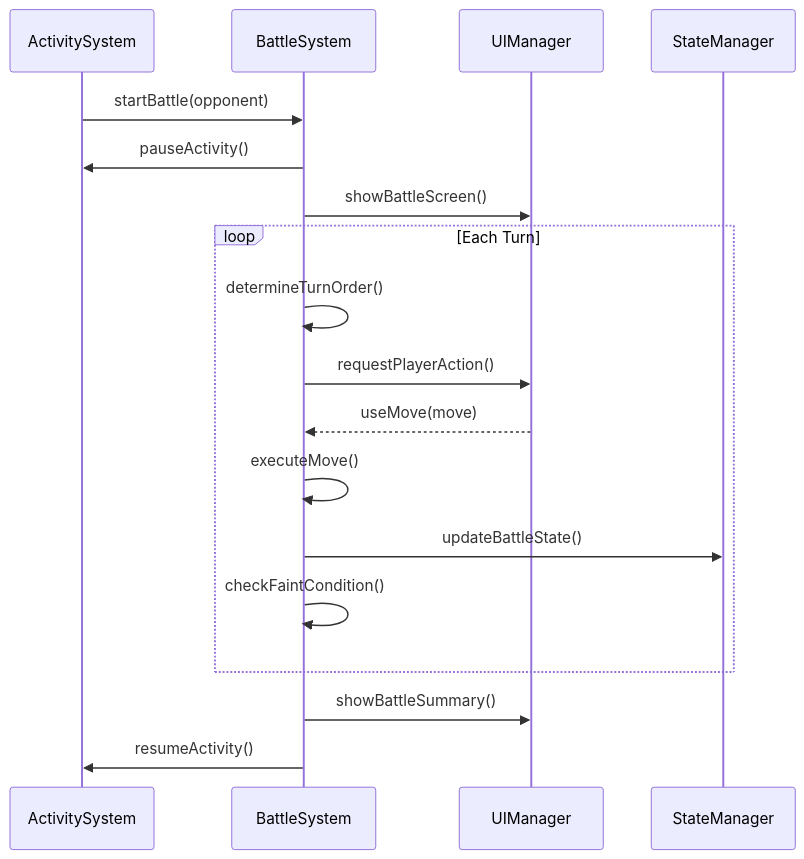
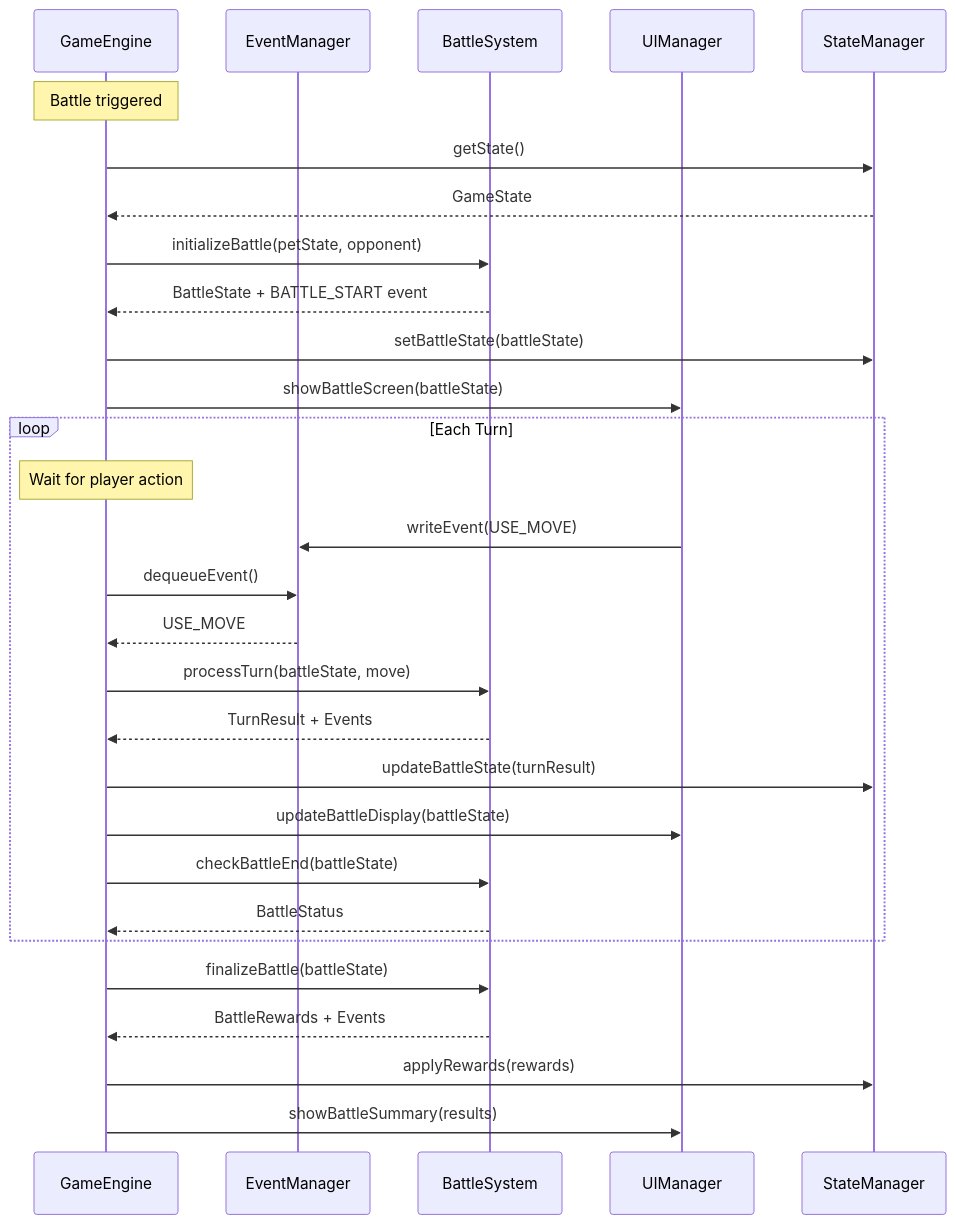
Before and after one commit to KnightNiwrem/Digital-Pets-v2: the fifth of 6 diagrams in architecture.md, drawn with Mermaid. The commit also changed other lines of this file and 2 other files, not shown here.

Commit message:
Update architecture to reduce coupling

````diff
--- a/architecture.md
+++ b/architecture.md
@@ -983,23 +1104,41 @@
 ```mermaid
 sequenceDiagram
-    participant AS as ActivitySystem
+    participant GE as GameEngine
+    participant EM as EventManager
     participant BS as BattleSystem
     participant UI as UIManager
     participant SM as StateManager
 
-    AS->>BS: startBattle(opponent)
-    BS->>AS: pauseActivity()
-    BS->>UI: showBattleScreen()
-
+    Note over GE: Battle triggered
+    GE->>SM: getState()
+    SM-->>GE: GameState
+    
+    GE->>BS: initializeBattle(petState, opponent)
+    BS-->>GE: BattleState + BATTLE_START event
+    
+    GE->>SM: setBattleState(battleState)
+    GE->>UI: showBattleScreen(battleState)
+    
     loop Each Turn
-        BS->>BS: determineTurnOrder()
-        BS->>UI: requestPlayerAction()
-        UI-->>BS: useMove(move)
-        BS->>BS: executeMove()
-        BS->>SM: updateBattleState()
-        BS->>BS: checkFaintCondition()
+        Note over GE: Wait for player action
+        UI->>EM: writeEvent(USE_MOVE)
+        
+        GE->>EM: dequeueEvent()
+        EM-->>GE: USE_MOVE
+        
+        GE->>BS: processTurn(battleState, move)
+        BS-->>GE: TurnResult + Events
+        
+        GE->>SM: updateBattleState(turnResult)
+        GE->>UI: updateBattleDisplay(battleState)
+        
+        GE->>BS: checkBattleEnd(battleState)
+        BS-->>GE: BattleStatus
     end
-
-    BS->>UI: showBattleSummary()
-    BS->>AS: resumeActivity()
+    
+    GE->>BS: finalizeBattle(battleState)
+    BS-->>GE: BattleRewards + Events
+    
+    GE->>SM: applyRewards(rewards)
+    GE->>UI: showBattleSummary(results)
 ```
````
